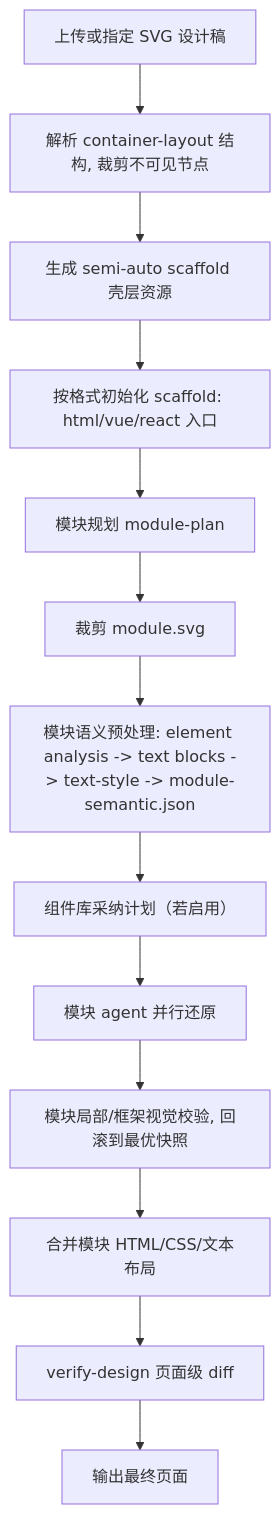
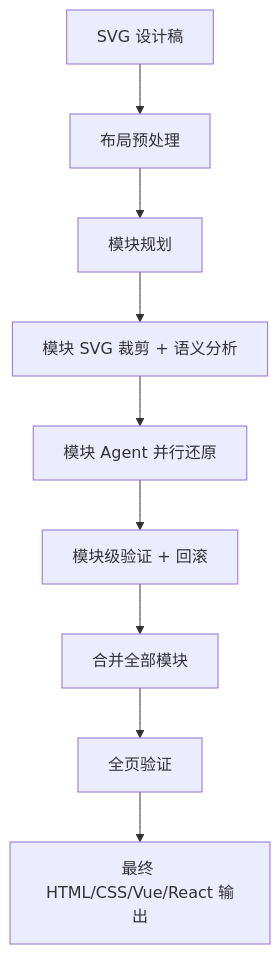
One commit to cnzhhx/svg-to-html changed the diagram in README.md. Above: the diagram before and after it, drawn with Mermaid. The commit also changed other lines of this file and 8 other files, not shown here.

````diff
--- a/README.md
+++ b/README.md
@@ -128,15 +150,11 @@
 ```mermaid
 flowchart TD
-  A[上传或指定 SVG 设计稿] --> B[解析 container-layout 结构, 裁剪不可见节点]
-  B --> C[生成 semi-auto scaffold 壳层资源]
-  C --> D[按格式初始化 scaffold: html/vue/react 入口]
-  D --> E[模块规划 module-plan]
-  E --> F[裁剪 module.svg]
-  F --> G[模块语义预处理: element analysis -> text blocks -> text-style -> module-semantic.json]
-  G --> H[组件库采纳计划（若启用）]
-  H --> I[模块 agent 并行还原]
-  I --> J[模块局部/框架视觉校验, 回滚到最优快照]
-  J --> K[合并模块 HTML/CSS/文本布局]
-  K --> L[verify-design 页面级 diff]
-  L --> M[输出最终页面]
+  A[SVG 设计稿] --> B[布局预处理]
+  B --> C[模块规划]
+  C --> D[模块 SVG 裁剪 + 语义分析]
+  D --> E[模块 Agent 并行还原]
+  E --> F[模块级验证 + 回滚]
+  F --> G[合并全部模块]
+  G --> H[全页验证]
+  H --> I[最终 HTML/CSS/Vue/React 输出]
 ```
````
